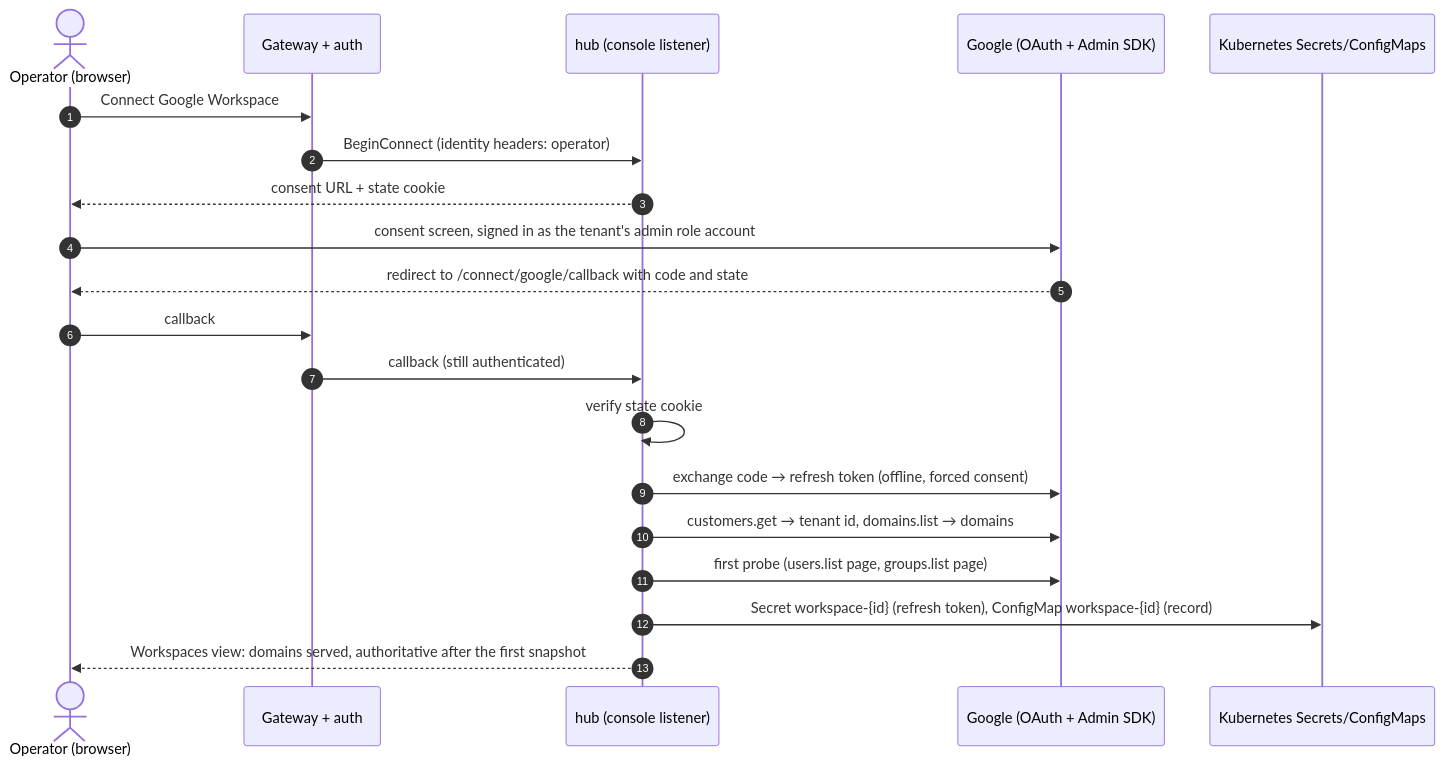
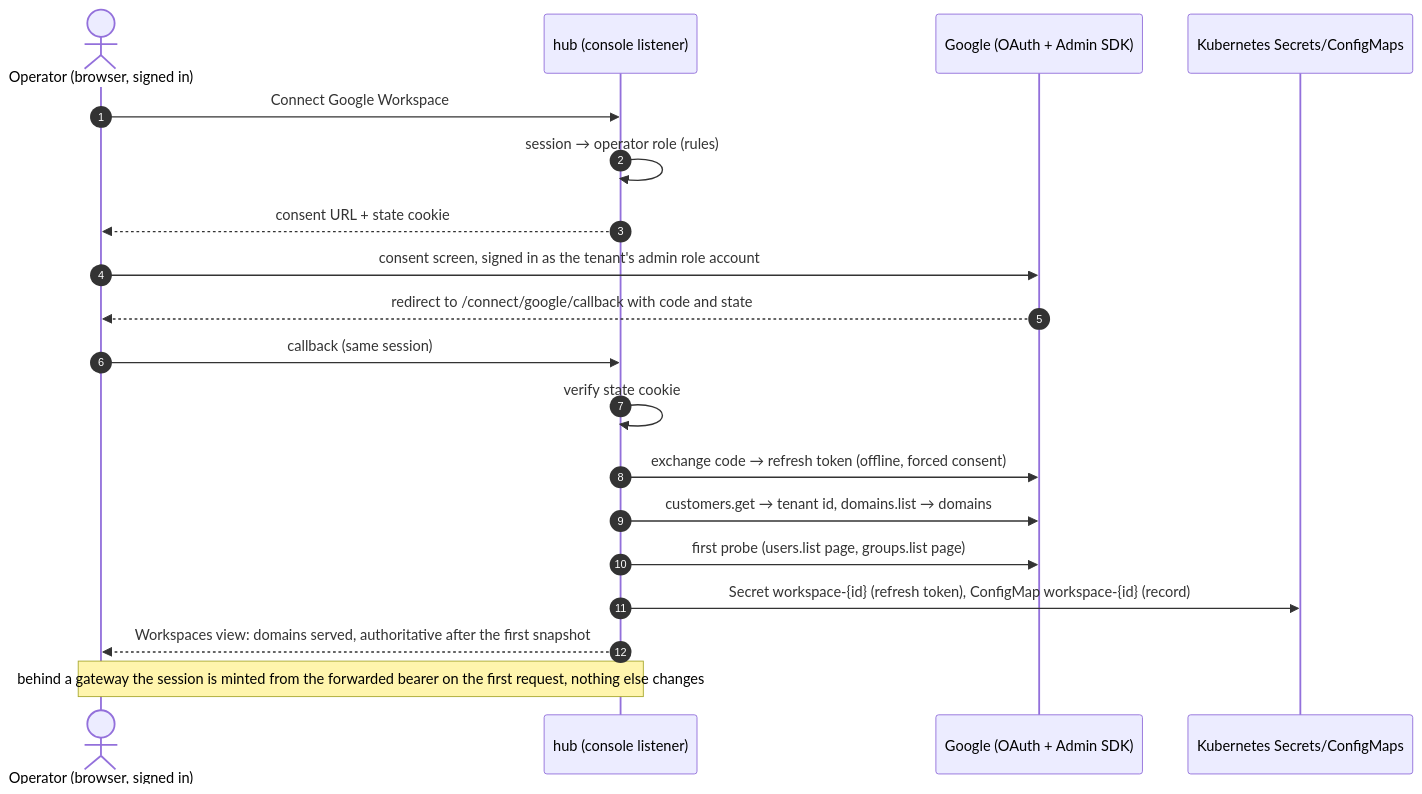
Before and after one commit to truvity/access-roster: the fourth of 6 diagrams in docs/architecture/hub.md, drawn with Mermaid. The commit also changed other lines of this file and 9 other files, not shown here.

First line of the commit message:
docs: align the hub architecture and contract comments with the access model

````diff
--- a/docs/architecture/hub.md
+++ b/docs/architecture/hub.md
@@ -133,23 +147,22 @@
 ```mermaid
 sequenceDiagram
   autonumber
-  actor Op as Operator (browser)
-  participant GW as Gateway + auth
+  actor Op as Operator (browser, signed in)
   participant Hub as hub (console listener)
   participant G as Google (OAuth + Admin SDK)
   participant K as Kubernetes Secrets/ConfigMaps
 
-  Op->>GW: Connect Google Workspace
-  GW->>Hub: BeginConnect (identity headers: operator)
+  Op->>Hub: Connect Google Workspace
+  Hub->>Hub: session → operator role (rules)
   Hub-->>Op: consent URL + state cookie
   Op->>G: consent screen, signed in as the tenant's admin role account
   G-->>Op: redirect to /connect/google/callback with code and state
-  Op->>GW: callback
-  GW->>Hub: callback (still authenticated)
+  Op->>Hub: callback (same session)
   Hub->>Hub: verify state cookie
   Hub->>G: exchange code → refresh token (offline, forced consent)
   Hub->>G: customers.get → tenant id, domains.list → domains
   Hub->>G: first probe (users.list page, groups.list page)
   Hub->>K: Secret workspace-{id} (refresh token), ConfigMap workspace-{id} (record)
   Hub-->>Op: Workspaces view: domains served, authoritative after the first snapshot
+  Note over Op,Hub: behind a gateway the session is minted from the forwarded bearer on the first request, nothing else changes
 ```
````
